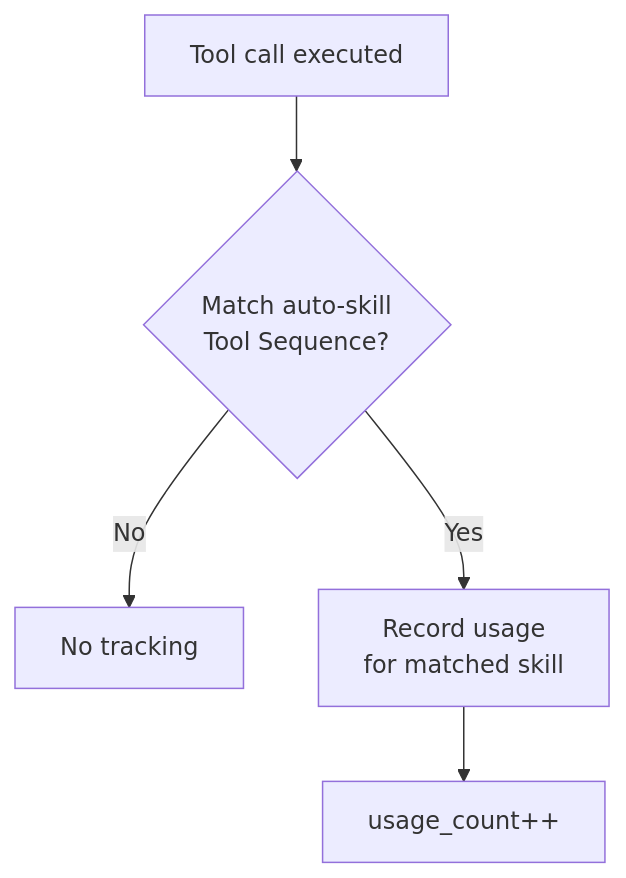
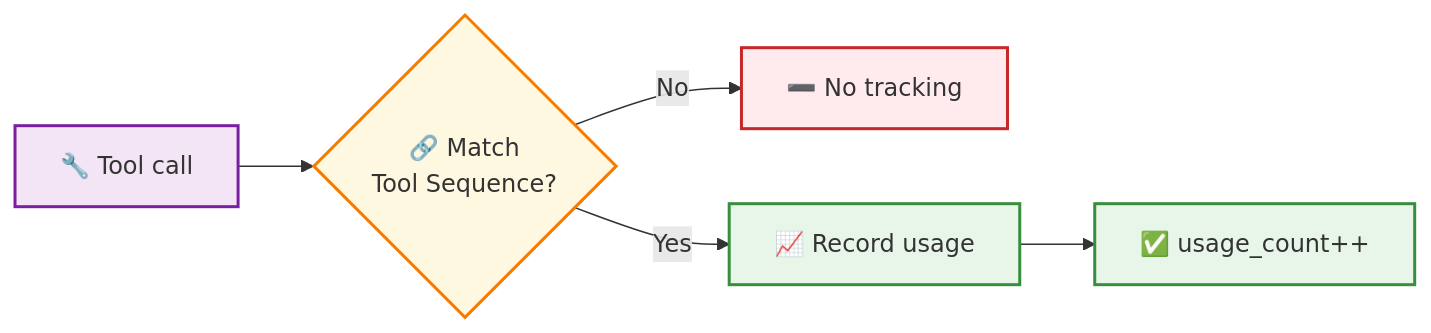
The fourth of 4 diagrams in README.md (beancookie/xiaoclaw), drawn with Mermaid before and after one commit. The commit also changed other lines of this file and 23 other files, not shown here.

````diff
--- a/README.md
+++ b/README.md
@@ -493,7 +503,13 @@
 ```mermaid
-flowchart TB
-    A[Tool call executed] --> B{Match auto-skill<br/>Tool Sequence?}
-    B -->|No| Z[No tracking]
-    B -->|Yes| C[Record usage<br/>for matched skill]
-    C --> D[usage_count++]
+flowchart LR
+    A["🔧 Tool call"] --> B{"🔗 Match<br/>Tool Sequence?"}
+    B -->|No| Z["➖ No tracking"]
+    B -->|Yes| C["📈 Record usage"]
+    C --> D["✅ usage_count++"]
+    
+    style A fill:#f3e5f5,stroke:#7b1fa2,stroke-width:2px
+    style B fill:#fff8e1,stroke:#f57c00,stroke-width:2px
+    style C fill:#e8f5e9,stroke:#388e3c,stroke-width:2px
+    style D fill:#e8f5e9,stroke:#388e3c,stroke-width:2px
+    style Z fill:#ffebee,stroke:#c62828,stroke-width:2px
 ```
````
